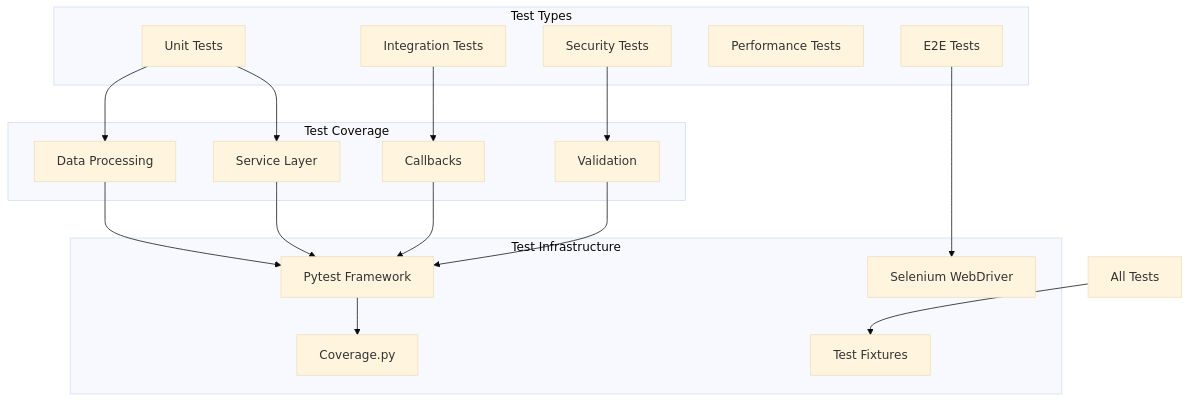
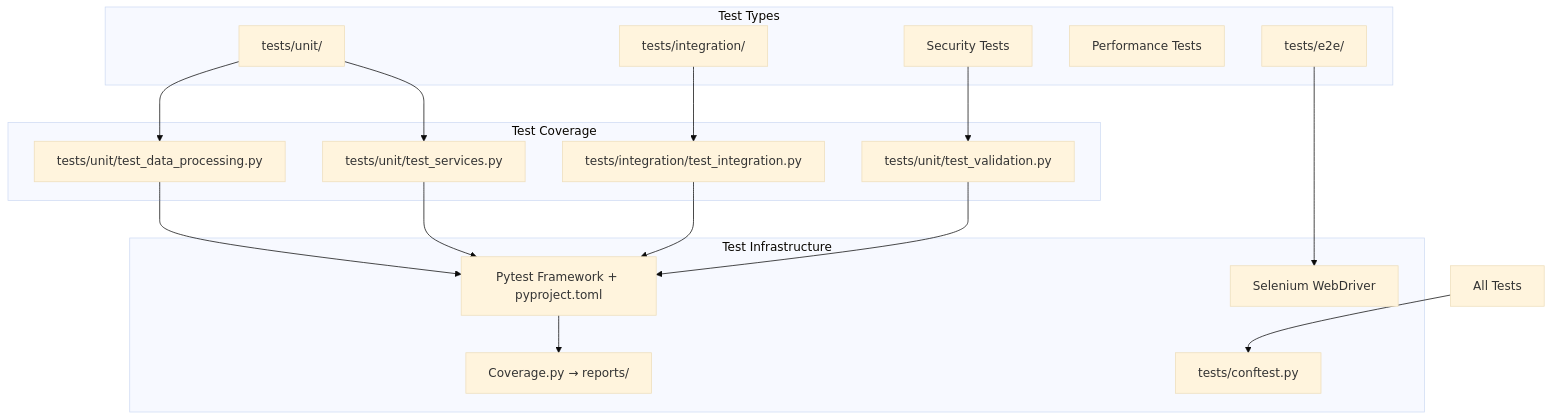
One commit to gregspruce/MELD_Visualizer changed the eighth of 9 diagrams in docs/architecture/architecture.md. Above: the diagram before and after it, drawn with Mermaid (base theme). The commit also changed other lines of this file and 105 other files, not shown here.

````diff
--- a/docs/architecture/architecture.md
+++ b/docs/architecture/architecture.md
@@ -333,38 +333,38 @@
 ```mermaid
 graph TB
     subgraph "Test Types"
-        Unit[Unit Tests]
-        Integration[Integration Tests]
-        E2E[E2E Tests]
+        Unit[tests/unit/]
+        Integration[tests/integration/]
+        E2E[tests/e2e/]
         Perf[Performance Tests]
         Sec[Security Tests]
     end
     
     subgraph "Test Coverage"
-        DataTests[Data Processing]
-        ServiceTests[Service Layer]
-        CallbackTests[Callbacks]
-        ValidationTests[Validation]
+        DataTests[tests/unit/test_data_processing.py]
+        ServiceTests[tests/unit/test_services.py]
+        CallbackTests[tests/integration/test_integration.py]
+        ValidationTests[tests/unit/test_validation.py]
     end
     
     subgraph "Test Infrastructure"
-        Pytest[Pytest Framework]
-        Coverage[Coverage.py]
+        Pytest[Pytest Framework + pyproject.toml]
+        Coverage[Coverage.py → reports/]
         Selenium[Selenium WebDriver]
-        Fixtures[Test Fixtures]
+        Fixtures[tests/conftest.py]
     end
     
     Unit --> DataTests
     Unit --> ServiceTests
     Integration --> CallbackTests
     Sec --> ValidationTests
     
     DataTests --> Pytest
     ServiceTests --> Pytest
     CallbackTests --> Pytest
     ValidationTests --> Pytest
     
     Pytest --> Coverage
     E2E --> Selenium
     All[All Tests] --> Fixtures
 ```
````
